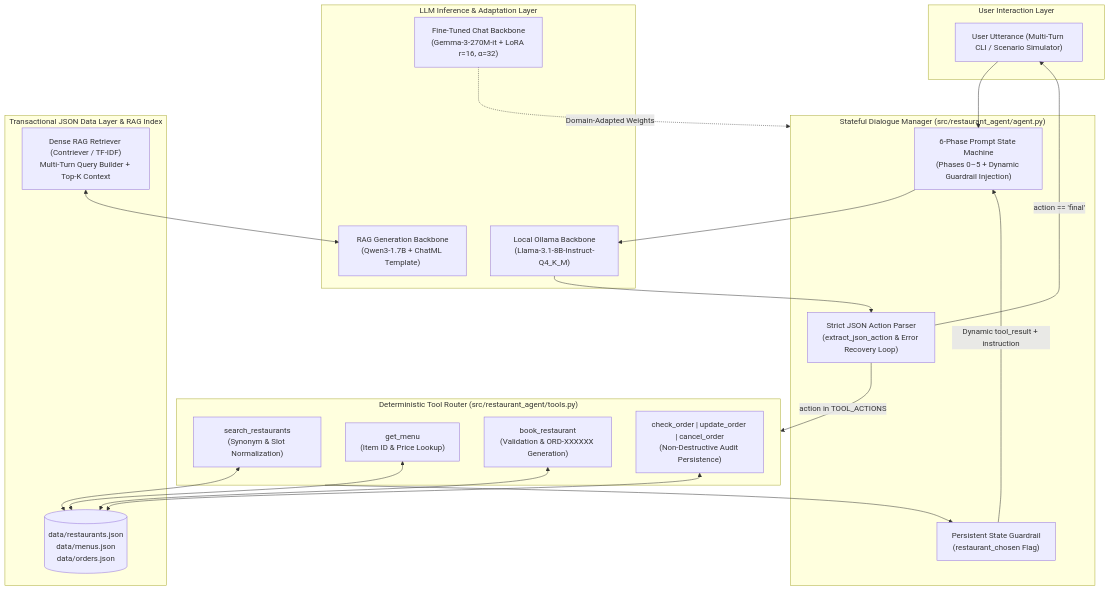
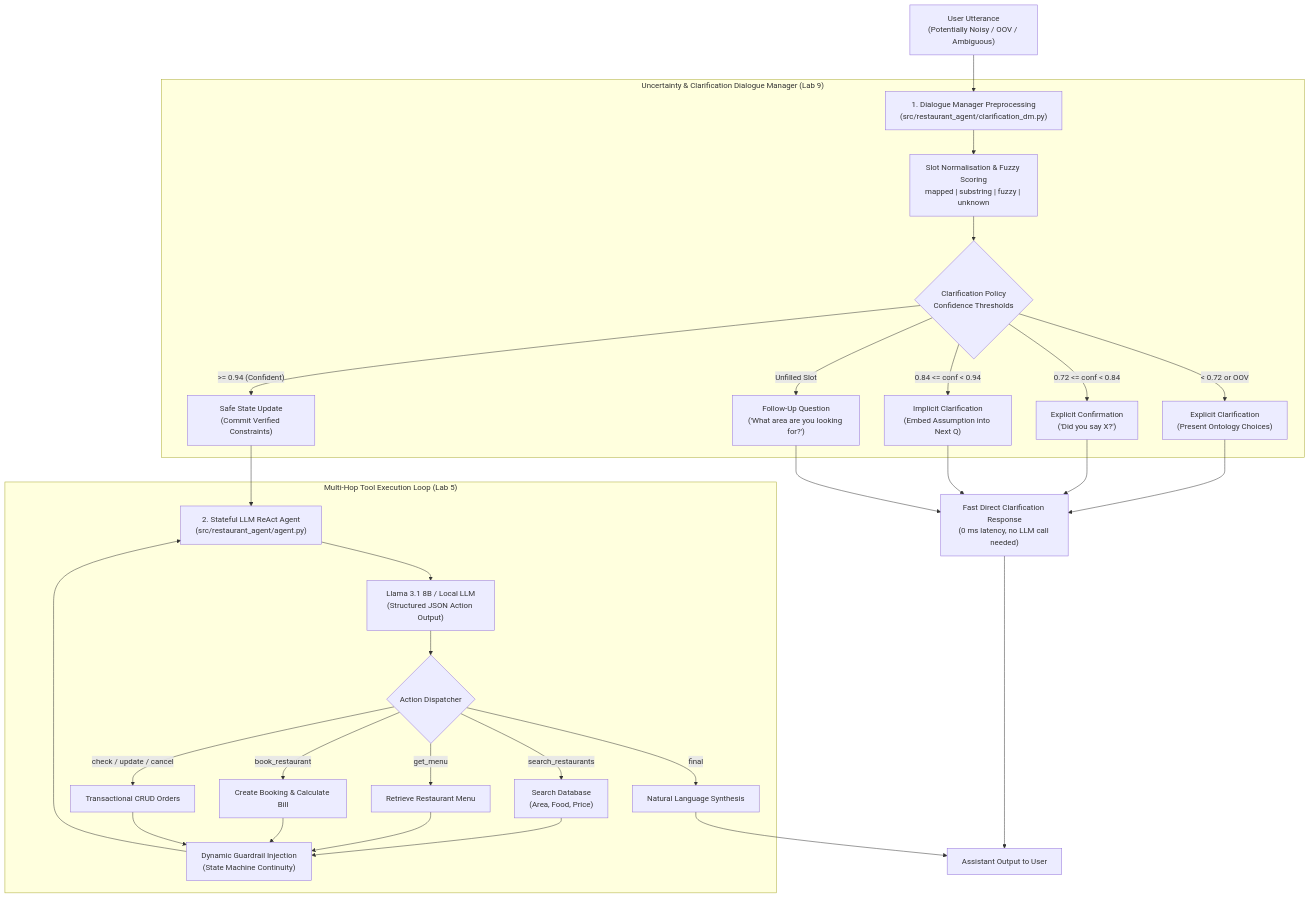
Before and after one commit to Ceviche98/llm-restaurant-dialogue-agent: the diagram in README.md, drawn with Mermaid. The commit also changed other lines of this file and 8 other files, not shown here.

Commit message:
feat: integrate uncertainty-aware clarification dialogue manager and slot normalisation

````diff
--- a/README.md
+++ b/README.md
@@ -35,41 +18,33 @@
 ```mermaid
-flowchart TB
-    subgraph Client["User Interaction Layer"]
-        U["User Utterance (Multi-Turn CLI / Scenario Simulator)"]
+flowchart TD
+    USER["User Utterance<br/>(Potentially Noisy / OOV / Ambiguous)"] --> DM_PRE["1. Dialogue Manager Preprocessing<br/>(src/restaurant_agent/clarification_dm.py)"]
+    
+    subgraph DM["Uncertainty & Clarification Dialogue Manager (Lab 9)"]
+        DM_PRE --> NORM["Slot Normalisation & Fuzzy Scoring<br/>mapped | substring | fuzzy | unknown"]
+        NORM --> POLICY{"Clarification Policy<br/>Confidence Thresholds"}
+        POLICY -->|"< 0.72 or OOV"| EXP_OPT["Explicit Clarification<br/>(Present Ontology Choices)"]
+        POLICY -->|"0.72 <= conf < 0.84"| EXP_CONF["Explicit Confirmation<br/>('Did you say X?')"]
+        POLICY -->|"0.84 <= conf < 0.94"| IMP_CONF["Implicit Clarification<br/>(Embed Assumption into Next Q)"]
+        POLICY -->|"Unfilled Slot"| FOLLOW["Follow-Up Question<br/>('What area are you looking for?')"]
+        POLICY -->|">= 0.94 (Confident)"| SAFE_UPDATE["Safe State Update<br/>(Commit Verified Constraints)"]
     end
 
-    subgraph DM["Stateful Dialogue Manager (src/restaurant_agent/agent.py)"]
-        SM["6-Phase Prompt State Machine\n(Phases 0–5 + Dynamic Guardrail Injection)"]
-        Parser["Strict JSON Action Parser\n(extract_json_action & Error Recovery Loop)"]
-        Flag["Persistent State Guardrail\n(restaurant_chosen Flag)"]
+    EXP_OPT & EXP_CONF & IMP_CONF & FOLLOW --> FAST_RESP["Fast Direct Clarification Response<br/>(0 ms latency, no LLM call needed)"]
+    FAST_RESP --> OUT["Assistant Output to User"]
+
+    SAFE_UPDATE --> AGENT["2. Stateful LLM ReAct Agent<br/>(src/restaurant_agent/agent.py)"]
+
+    subgraph LLM_LOOP["Multi-Hop Tool Execution Loop (Lab 5)"]
+        AGENT --> LLM["Llama 3.1 8B / Local LLM<br/>(Structured JSON Action Output)"]
+        LLM --> DISPATCH{"Action Dispatcher"}
+        DISPATCH -->|"search_restaurants"| DB_SEARCH["Search Database<br/>(Area, Food, Price)"]
+        DISPATCH -->|"get_menu"| DB_MENU["Retrieve Restaurant Menu"]
+        DISPATCH -->|"book_restaurant"| DB_BOOK["Create Booking & Calculate Bill"]
+        DISPATCH -->|"check / update / cancel"| DB_ORDER["Transactional CRUD Orders"]
+        DISPATCH -->|"final"| FINAL["Natural Language Synthesis"]
+        DB_SEARCH & DB_MENU & DB_BOOK & DB_ORDER --> GUARDRAILS["Dynamic Guardrail Injection<br/>(State Machine Continuity)"]
+        GUARDRAILS --> AGENT
     end
 
-    subgraph Backbone["LLM Inference & Adaptation Layer"]
-        Llama["Local Ollama Backbone\n(Llama-3.1-8B-Instruct-Q4_K_M)"]
-        Gemma["Fine-Tuned Chat Backbone\n(Gemma-3-270M-it + LoRA r=16, α=32)"]
-        Qwen["RAG Generation Backbone\n(Qwen3-1.7B + ChatML Template)"]
-    end
-
-    subgraph Tools["Deterministic Tool Router (src/restaurant_agent/tools.py)"]
-        Search["search_restaurants\n(Synonym & Slot Normalization)"]
-        Menu["get_menu\n(Item ID & Price Lookup)"]
-        Book["book_restaurant\n(Validation & ORD-XXXXXX Generation)"]
-        Manage["check_order | update_order | cancel_order\n(Non-Destructive Audit Persistence)"]
-    end
-
-    subgraph Storage["Transactional JSON Data Layer & RAG Index"]
-        DB[("data/restaurants.json\ndata/menus.json\ndata/orders.json")]
-        RAG["Dense RAG Retriever (Contriever / TF-IDF)\nMulti-Turn Query Builder + Top-K Context"]
-    end
-
-    U --> SM
-    SM --> Llama
-    Llama --> Parser
-    Parser -- "action in TOOL_ACTIONS" --> Tools
-    Parser -- "action == 'final'" --> U
-    Search & Menu & Book & Manage <--> DB
-    Tools --> Flag
-    Flag -- "Dynamic tool_result + instruction" --> SM
-    RAG <--> Qwen
-    Gemma -. "Domain-Adapted Weights" .-> DM
+    FINAL --> OUT
 ```
````
